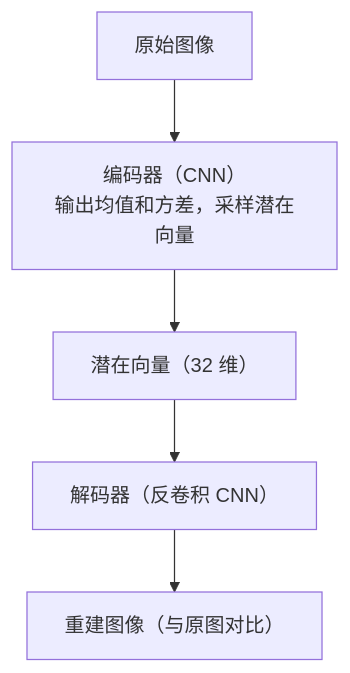
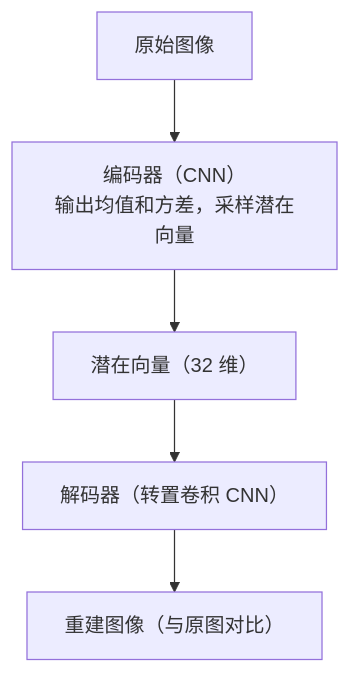
Before and after one commit to zhimin-z/learn-world-model: the diagram in docs/zh/lectures/lecture-02-encode-and-dynamics/01-encoding.md, drawn with Mermaid. The commit also changed other lines of this file and 17 other files, not shown here.

````diff
--- a/docs/zh/lectures/lecture-02-encode-and-dynamics/01-encoding.md
+++ b/docs/zh/lectures/lecture-02-encode-and-dynamics/01-encoding.md
@@ -32,7 +32,7 @@
 ```mermaid
 flowchart TD
     A["原始图像"] --> B["编码器（CNN）\n输出均值和方差，采样潜在向量"]
     B --> C["潜在向量（32 维）"]
-    C --> D["解码器（反卷积 CNN）"]
+    C --> D["解码器（转置卷积 CNN）"]
     D --> E["重建图像（与原图对比）"]
 ```
````
